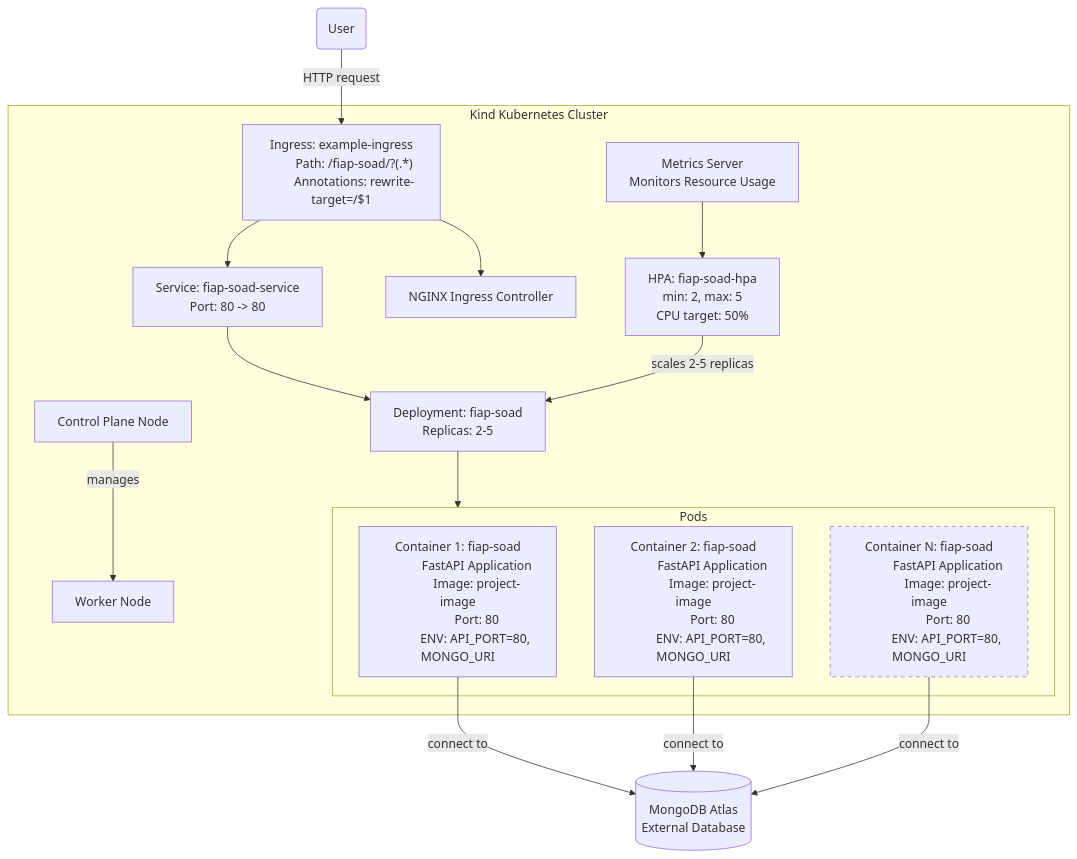
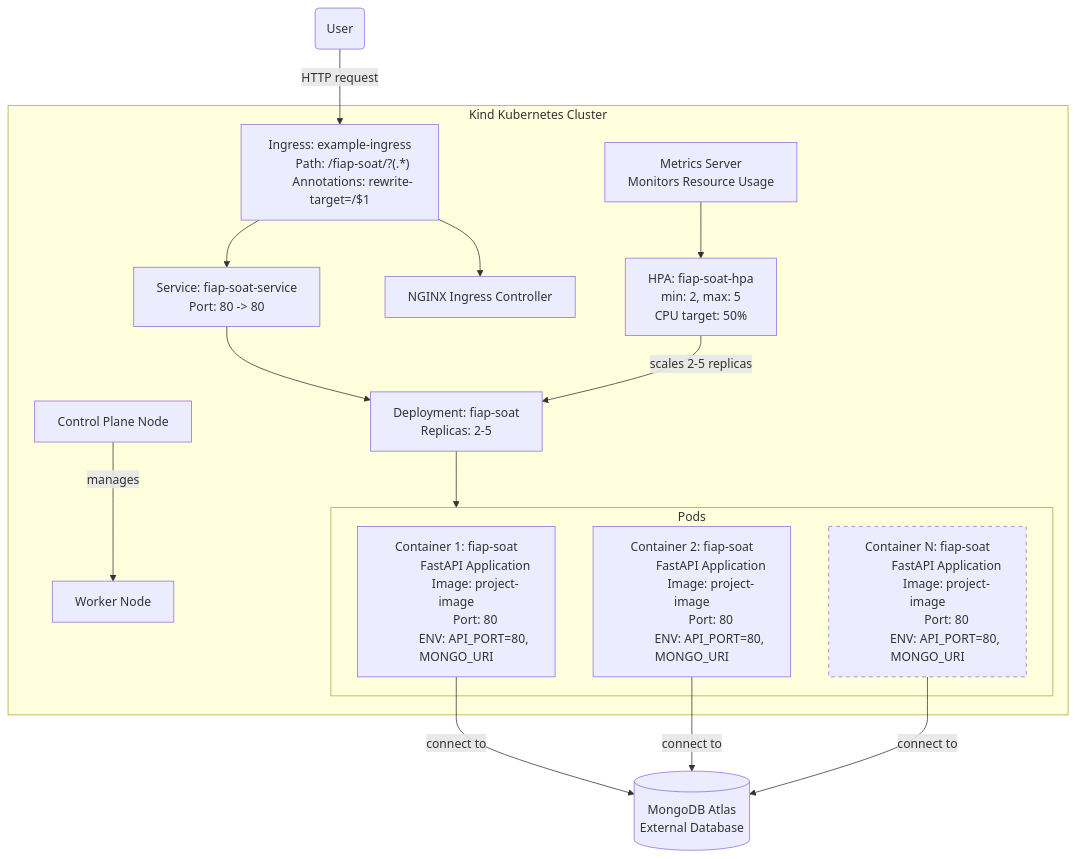
The diagram in README.md (rafabernardo/fiap-tech-challenge-1), drawn with Mermaid before and after one commit. The commit also changed other lines of this file and 5 other files, not shown here.

````diff
--- a/README.md
+++ b/README.md
@@ -20,53 +20,53 @@
 ```mermaid
 flowchart TD
     US(User)
     subgraph K["Kind Kubernetes Cluster"]
         CP["Control Plane Node"]
         W["Worker Node"]
-        HPA["HPA: fiap-soad-hpa
+        HPA["HPA: fiap-soat-hpa
         min: 2, max: 5
         CPU target: 50%"]
-        DEP["Deployment: fiap-soad
+        DEP["Deployment: fiap-soat
         Replicas: 2-5"]
-        SVC["Service: fiap-soad-service
+        SVC["Service: fiap-soat-service
         Port: 80 -> 80"]
         ING["Ingress: example-ingress
-        Path: /fiap-soad/?(.*)
+        Path: /fiap-soat/?(.*)
         Annotations: rewrite-target=/$1"]
         NGINX["NGINX Ingress Controller"]
         subgraph P["Pods"]
-            C1["Container 1: fiap-soad
+            C1["Container 1: fiap-soat
             FastAPI Application
             Image: project-image
             Port: 80
             ENV: API_PORT=80, MONGO_URI"]
-            C2["Container 2: fiap-soad
+            C2["Container 2: fiap-soat
             FastAPI Application
             Image: project-image
             Port: 80
             ENV: API_PORT=80, MONGO_URI"]
-            CN["Container N: fiap-soad
+            CN["Container N: fiap-soat
             FastAPI Application
             Image: project-image
             Port: 80
             ENV: API_PORT=80, MONGO_URI"]
         end
         MS["Metrics Server
         Monitors Resource Usage"]
     end
     DB[(MongoDB Atlas
     External Database)]
 
     US -->|HTTP request| ING
     ING --> SVC
     ING --> NGINX
     SVC --> DEP
     DEP --> P
     HPA -->|scales 2-5 replicas| DEP
     MS --> HPA
     C1 & C2 & CN -->|connect to| DB
     CP -->|manages| W
 
     classDef scaled stroke-dasharray: 5 5;
     class CN scaled;
 ```
````
